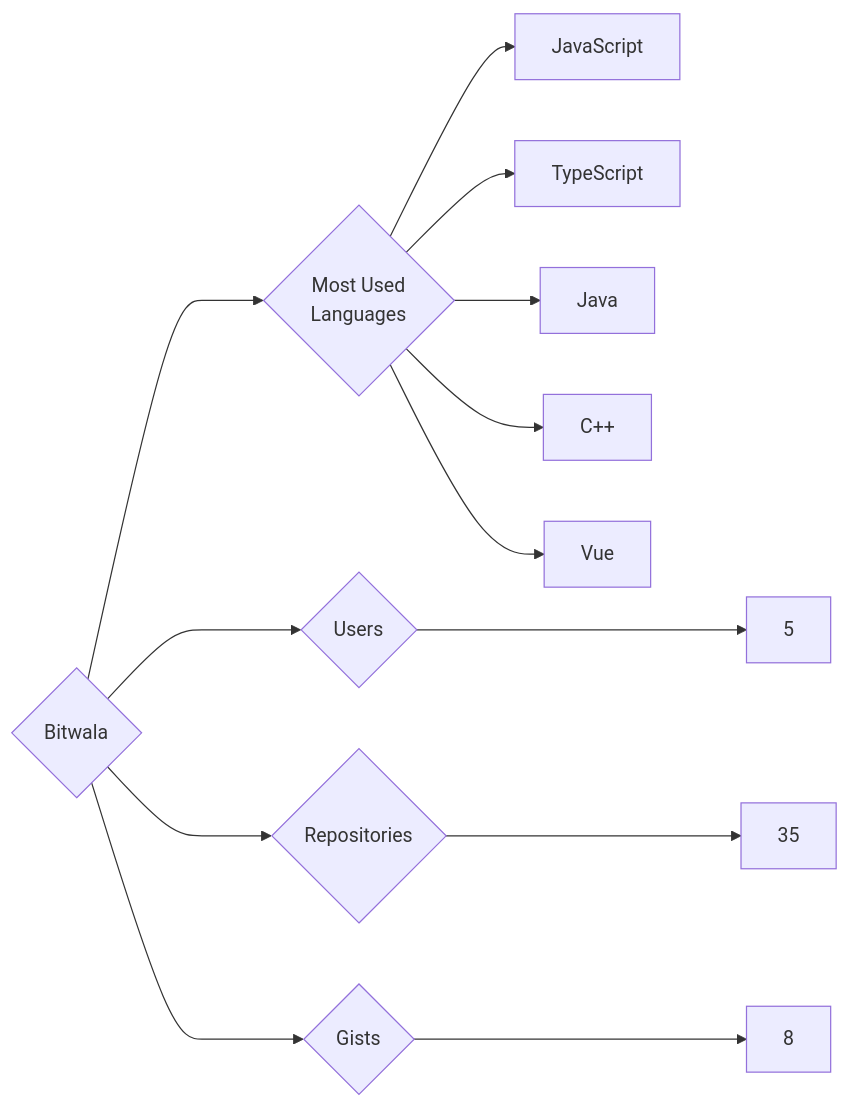
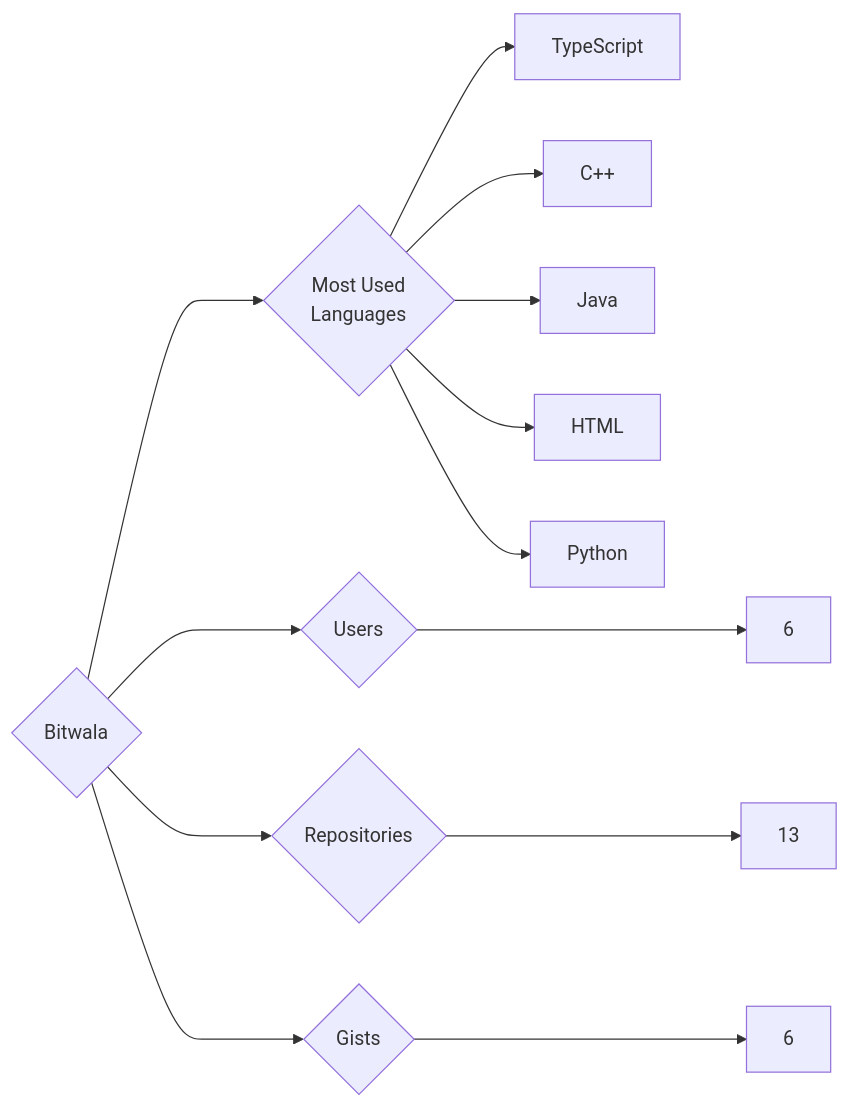
Before and after one commit to trickest/insiders: the diagram in targets/Bitwala/README.md, drawn with Mermaid. The commit also changed 1120 other files, not shown here.

````diff
--- a/targets/Bitwala/README.md
+++ b/targets/Bitwala/README.md
@@ -3,13 +3,13 @@
 ```mermaid
 graph LR
 COMPANY_NAME{Bitwala}
-COMPANY_NAME ---> U{Users} ---> UN[5]
-COMPANY_NAME ---> R{Repositories} ---> RN[35]
-COMPANY_NAME ---> G{Gists} ---> GN[8]
+COMPANY_NAME ---> U{Users} ---> UN[6]
+COMPANY_NAME ---> R{Repositories} ---> RN[13]
+COMPANY_NAME ---> G{Gists} ---> GN[6]
 COMPANY_NAME ---> ML{Most Used<br>Languages}
-ML --> JavaScript[JavaScript]
 ML --> TypeScript[TypeScript]
+ML --> C++[C++]
 ML --> Java[Java]
-ML --> C++[C++]
-ML --> Vue[Vue]
+ML --> HTML[HTML]
+ML --> Python[Python]
 ```
````
